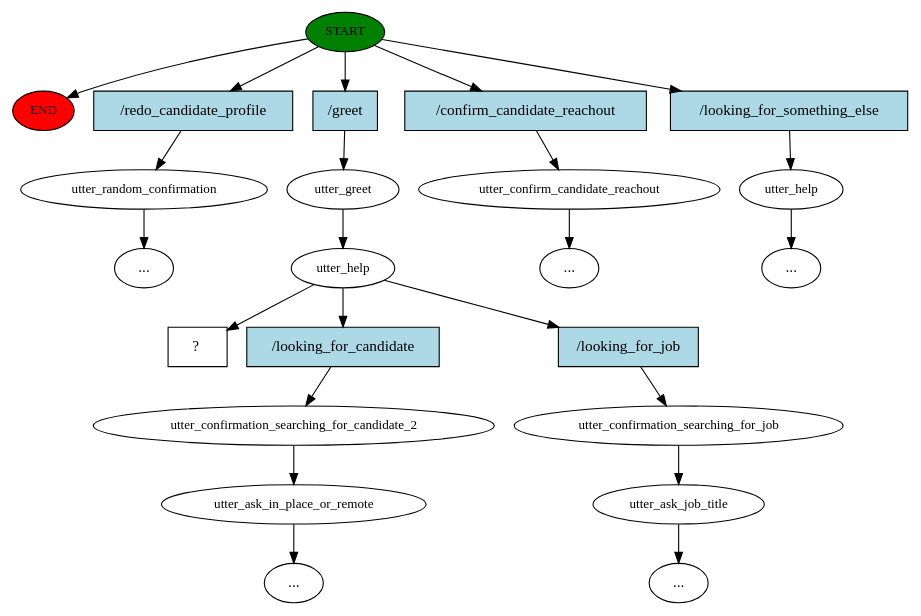
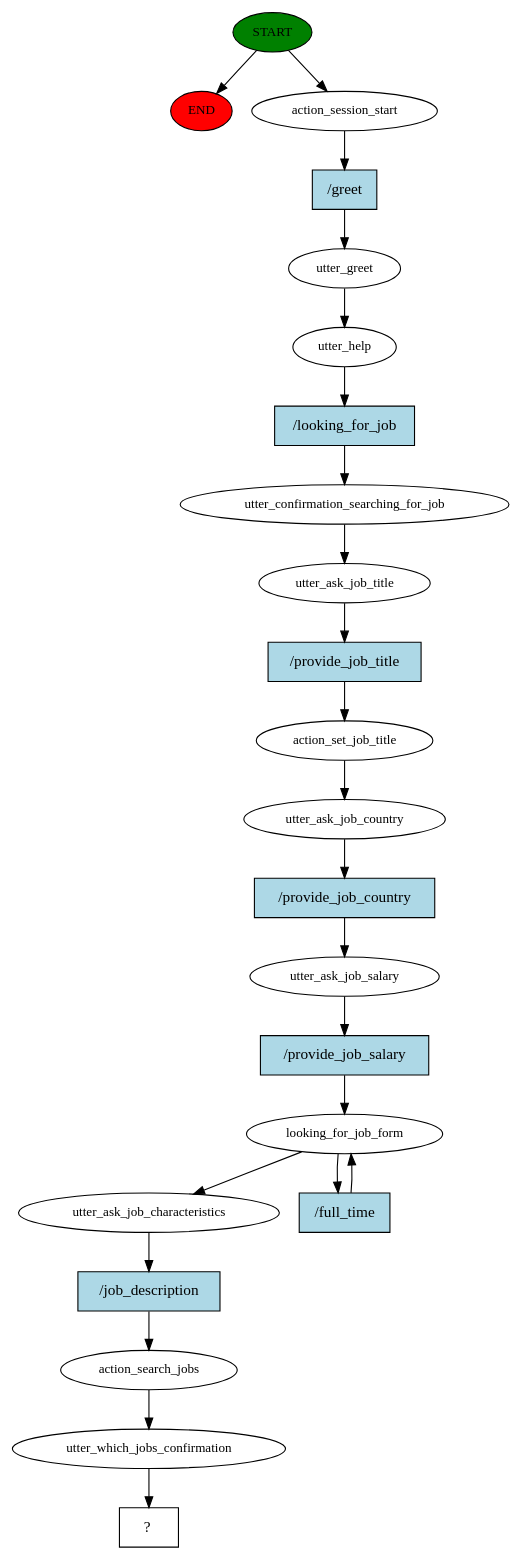
One commit to r1cc4r2o/Jobify changed the diagram in src/story_graph.dot. Above: the diagram before and after it, drawn with Graphviz. The commit also changed 12 other files, not shown here.

```diff
--- a/src/story_graph.dot
+++ b/src/story_graph.dot
@@ -1,47 +1,46 @@
 digraph  {
 0 [class="start active", fillcolor=green, fontsize=12, label=START, style=filled];
 "-1" [class=end, fillcolor=red, fontsize=12, label=END, style=filled];
-1 [class="", fontsize=12, label=utter_random_confirmation];
+1 [class=active, fontsize=12, label=action_session_start];
 2 [class=active, fontsize=12, label=utter_greet];
 3 [class=active, fontsize=12, label=utter_help];
-4 [class="", fontsize=12, label=utter_confirmation_searching_for_candidate_2];
-5 [class="", fontsize=12, label=utter_ask_in_place_or_remote];
-10 [class="", fontsize=12, label=utter_confirm_candidate_reachout];
-"-7" [class=ellipsis, label="..."];
-"-9" [class=ellipsis, label="..."];
-14 [class="", fontsize=12, label=utter_help];
-"-11" [class=ellipsis, label="..."];
-"-13" [class=ellipsis, label="..."];
-26 [class="", fontsize=12, label=utter_confirmation_searching_for_job];
-27 [class="", fontsize=12, label=utter_ask_job_title];
-"-14" [class=ellipsis, label="..."];
-30 [class="intent dashed active", label="  ?  ", shape=rect];
-31 [class=intent, fillcolor=lightblue, label="/redo_candidate_profile", shape=rect, style=filled];
-32 [class="intent active", fillcolor=lightblue, label="/greet", shape=rect, style=filled];
-33 [class=intent, fillcolor=lightblue, label="/confirm_candidate_reachout", shape=rect, style=filled];
-34 [class=intent, fillcolor=lightblue, label="/looking_for_something_else", shape=rect, style=filled];
-35 [class=intent, fillcolor=lightblue, label="/looking_for_candidate", shape=rect, style=filled];
-36 [class=intent, fillcolor=lightblue, label="/looking_for_job", shape=rect, style=filled];
+4 [class=active, fontsize=12, label=utter_confirmation_searching_for_job];
+5 [class=active, fontsize=12, label=utter_ask_job_title];
+6 [class=active, fontsize=12, label=action_set_job_title];
+7 [class=active, fontsize=12, label=utter_ask_job_country];
+8 [class=active, fontsize=12, label=utter_ask_job_salary];
+9 [class=active, fontsize=12, label=looking_for_job_form];
+11 [class=active, fontsize=12, label=utter_ask_job_characteristics];
+12 [class=active, fontsize=12, label=action_search_jobs];
+13 [class=active, fontsize=12, label=utter_which_jobs_confirmation];
+14 [class="intent dashed active", label="  ?  ", shape=rect];
+15 [class="intent active", fillcolor=lightblue, label="/greet", shape=rect, style=filled];
+16 [class="intent active", fillcolor=lightblue, label="/looking_for_job", shape=rect, style=filled];
+17 [class="intent active", fillcolor=lightblue, label="/provide_job_title", shape=rect, style=filled];
+18 [class="intent active", fillcolor=lightblue, label="/provide_job_country", shape=rect, style=filled];
+19 [class="intent active", fillcolor=lightblue, label="/provide_job_salary", shape=rect, style=filled];
+20 [class="intent active", fillcolor=lightblue, label="/full_time", shape=rect, style=filled];
+21 [class="intent active", fillcolor=lightblue, label="/job_description", shape=rect, style=filled];
 0 -> "-1"  [class="", key=NONE, label=""];
-0 -> 31  [class="", key=0];
-0 -> 32  [class=active, key=0];
-0 -> 33  [class="", key=0];
-0 -> 34  [class="", key=0];
-1 -> "-9"  [class="", key=NONE, label=""];
+0 -> 1  [class=active, key=NONE, label=""];
+1 -> 15  [class=active, key=0];
 2 -> 3  [class=active, key=NONE, label=""];
-3 -> 30  [class=active, key=NONE, label=""];
-3 -> 35  [class="", key=0];
-3 -> 36  [class="", key=0];
-4 -> 5  [class="", key=NONE, label=""];
-5 -> "-13"  [class="", key=NONE, label=""];
-10 -> "-7"  [class="", key=NONE, label=""];
-14 -> "-11"  [class="", key=NONE, label=""];
-26 -> 27  [class="", key=NONE, label=""];
-27 -> "-14"  [class="", key=NONE, label=""];
-31 -> 1  [class="", key=0];
-32 -> 2  [class=active, key=0];
-33 -> 10  [class="", key=0];
-34 -> 14  [class="", key=0];
-35 -> 4  [class="", key=0];
-36 -> 26  [class="", key=0];
+3 -> 16  [class=active, key=0];
+4 -> 5  [class=active, key=NONE, label=""];
+5 -> 17  [class=active, key=0];
+6 -> 7  [class=active, key=NONE, label=""];
+7 -> 18  [class=active, key=0];
+8 -> 19  [class=active, key=0];
+9 -> 11  [class=active, key=NONE, label=""];
+9 -> 20  [class=active, key=0];
+11 -> 21  [class=active, key=0];
+12 -> 13  [class=active, key=NONE, label=""];
+13 -> 14  [class=active, key=NONE, label=""];
+15 -> 2  [class=active, key=0];
+16 -> 4  [class=active, key=0];
+17 -> 6  [class=active, key=0];
+18 -> 8  [class=active, key=0];
+19 -> 9  [class=active, key=0];
+20 -> 9  [class=active, key=0];
+21 -> 12  [class=active, key=0];
 }
```
